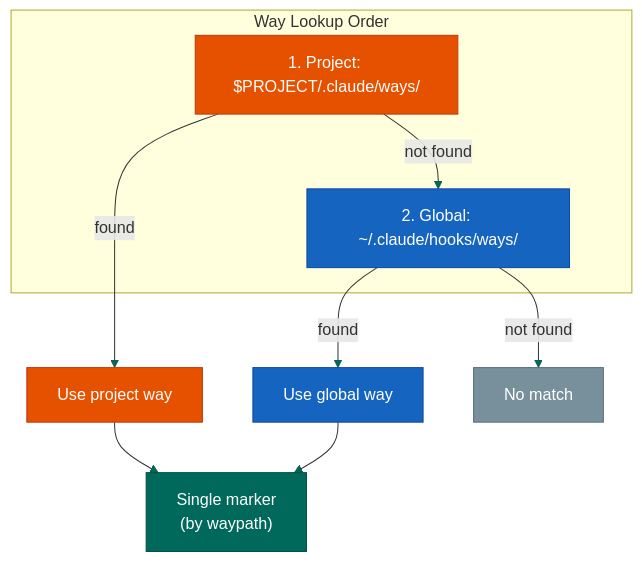
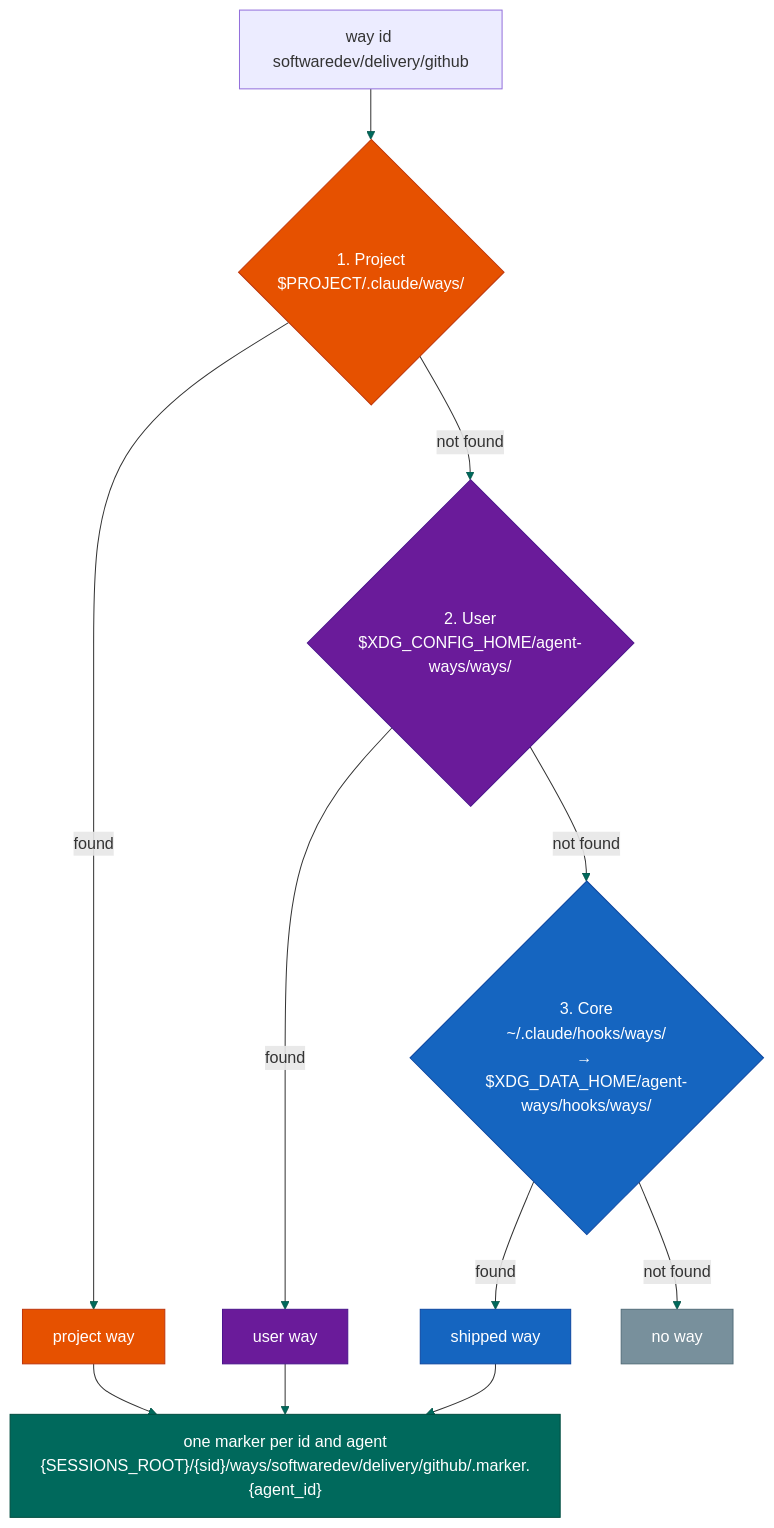
One commit to aaronsb/agent-ways changed diagram 13 of 13 in docs/architecture.md. Above: the diagram before and after it, drawn with Mermaid. The commit also changed other lines of this file and 7 other files, not shown here.

First line of the commit message:
docs(architecture): redraw the ways pipeline for the judge, late-interaction and per-agent state

````diff
--- a/docs/architecture.md
+++ b/docs/architecture.md
@@ -483,20 +581,21 @@
 ```mermaid
 flowchart TB
     classDef proj fill:#E65100,stroke:#BF360C,color:#fff
-    classDef global fill:#1565C0,stroke:#0D47A1,color:#fff
+    classDef user fill:#6A1B9A,stroke:#4A148C,color:#fff
+    classDef core fill:#1565C0,stroke:#0D47A1,color:#fff
     classDef marker fill:#00695C,stroke:#004D40,color:#fff
     classDef skip fill:#78909C,stroke:#546E7A,color:#fff
 
-    subgraph Scan["Way Lookup Order"]
-        P["1. Project: $PROJECT/.claude/ways/"]:::proj
-        G["2. Global: ~/.claude/hooks/ways/"]:::global
-    end
+    T["way id softwaredev/delivery/github"] --> P
+    P{"1. Project<br/>$PROJECT/.claude/ways/"}:::proj
+    P -->|found| UseP["project way"]:::proj
+    P -->|not found| U{"2. User<br/>$XDG_CONFIG_HOME/agent-ways/ways/"}:::user
+    U -->|found| UseU["user way"]:::user
+    U -->|not found| C{"3. Core<br/>~/.claude/hooks/ways/<br/>→ $XDG_DATA_HOME/agent-ways/hooks/ways/"}:::core
+    C -->|found| UseC["shipped way"]:::core
+    C -->|not found| Skip["no way"]:::skip
 
-    P -->|found| Use["Use project way"]:::proj
-    P -->|not found| G
-    G -->|found| UseG["Use global way"]:::global
-    G -->|not found| Skip["No match"]:::skip
-
-    Use --> Mark["Single marker<br/>(by waypath)"]:::marker
-    UseG --> Mark
+    UseP --> Mark["one marker per id and agent<br/>{SESSIONS_ROOT}/{sid}/ways/softwaredev/delivery/github/.marker.{agent_id}"]:::marker
+    UseU --> Mark
+    UseC --> Mark
 ```
````
